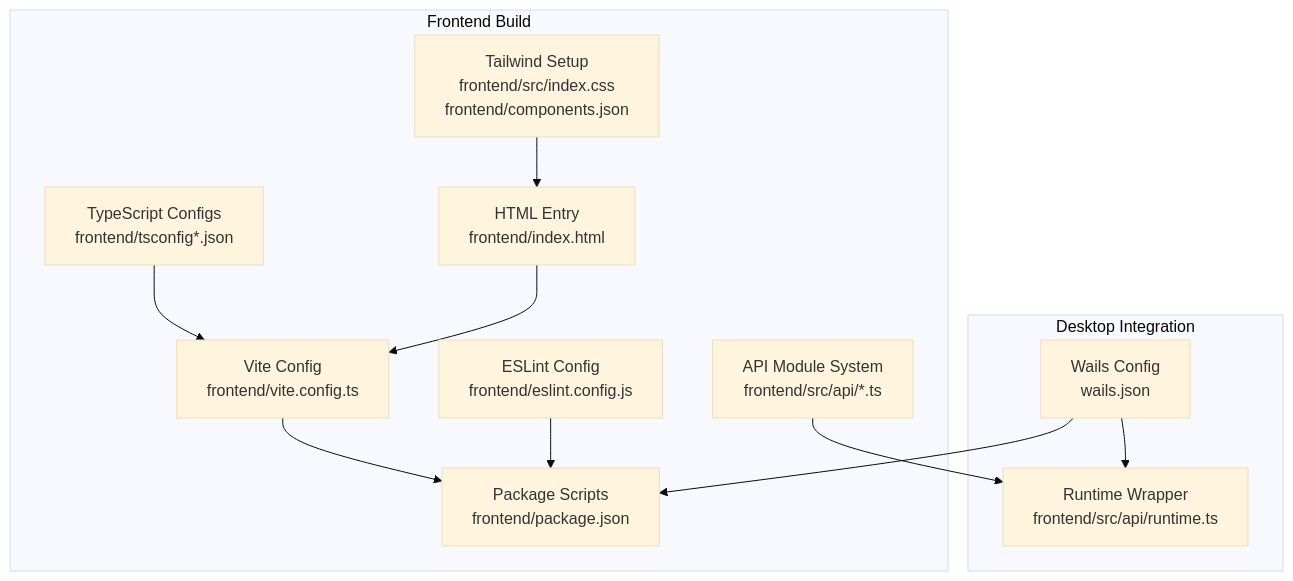
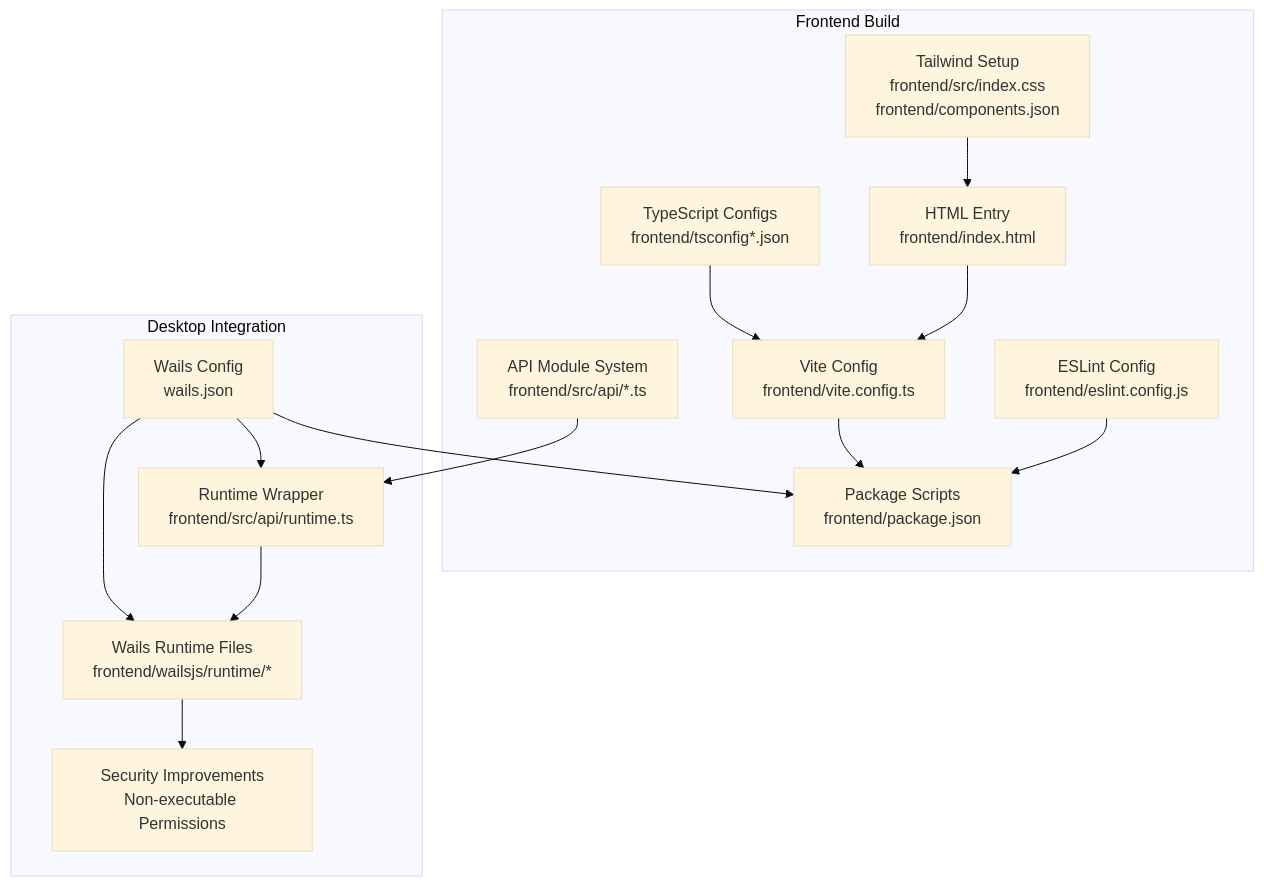
One commit to v0lka/c0wrk changed the first of 11 diagrams in .qoder/repowiki/en/content/Frontend Application/Build System.md. Above: the diagram before and after it, drawn with Mermaid (base theme). The commit also changed other lines of this file and 1 other file, not shown here.

````diff
--- a/.qoder/repowiki/en/content/Frontend Application/Build System.md
+++ b/.qoder/repowiki/en/content/Frontend Application/Build System.md
@@ -56,24 +60,29 @@
 ```mermaid
 graph TB
 subgraph "Frontend Build"
 VCFG["Vite Config<br/>frontend/vite.config.ts"]
 PKG["Package Scripts<br/>frontend/package.json"]
 TS["TypeScript Configs<br/>frontend/tsconfig*.json"]
 ESL["ESLint Config<br/>frontend/eslint.config.js"]
 TW["Tailwind Setup<br/>frontend/src/index.css<br/>frontend/components.json"]
 HTML["HTML Entry<br/>frontend/index.html"]
 API["API Module System<br/>frontend/src/api/*.ts"]
 end
 subgraph "Desktop Integration"
 WAILS["Wails Config<br/>wails.json"]
 RUNTIME["Runtime Wrapper<br/>frontend/src/api/runtime.ts"]
+WAILS_RUNTIME["Wails Runtime Files<br/>frontend/wailsjs/runtime/*"]
+SECURITY["Security Improvements<br/>Non-executable Permissions"]
 end
 VCFG --> PKG
 TS --> VCFG
 ESL --> PKG
 TW --> HTML
 HTML --> VCFG
 WAILS --> PKG
 WAILS --> RUNTIME
+WAILS --> WAILS_RUNTIME
+RUNTIME --> WAILS_RUNTIME
+WAILS_RUNTIME --> SECURITY
 API --> RUNTIME
 ```
````
